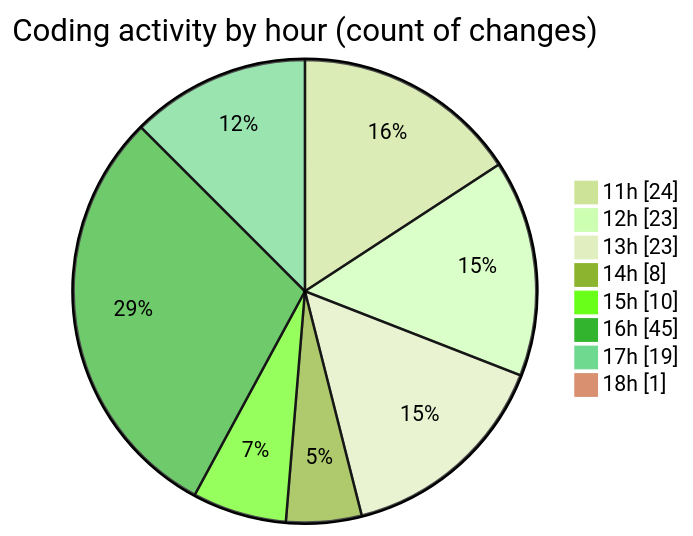
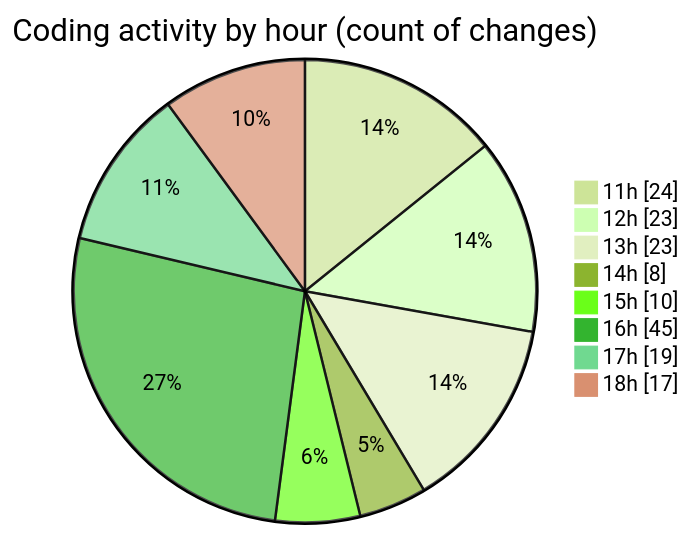
The second of 2 diagrams in 2025-09-18/nxtqube_webapp/README.md (nxtqubesakshisongat/code-tracking), drawn with Mermaid (forest theme) before and after one commit. The commit also changed other lines of this file and 1 other file, not shown here.

````diff
--- a/2025-09-18/nxtqube_webapp/README.md
+++ b/2025-09-18/nxtqube_webapp/README.md
@@ -51,12 +52,12 @@
 ```mermaid
 pie showData
 title Coding activity by hour (count of changes)
 "11h" : 24
 "12h" : 23
 "13h" : 23
 "14h" : 8
 "15h" : 10
 "16h" : 45
 "17h" : 19
-"18h" : 1
+"18h" : 17
 ```
````
